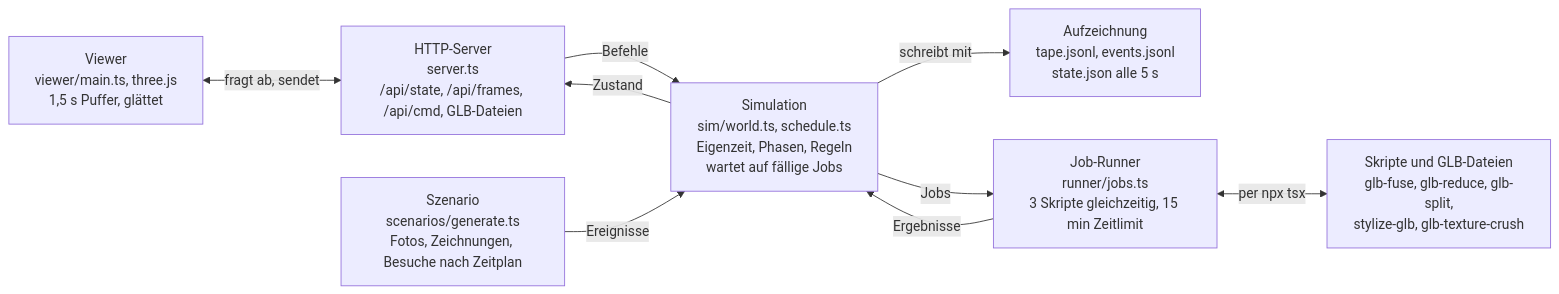
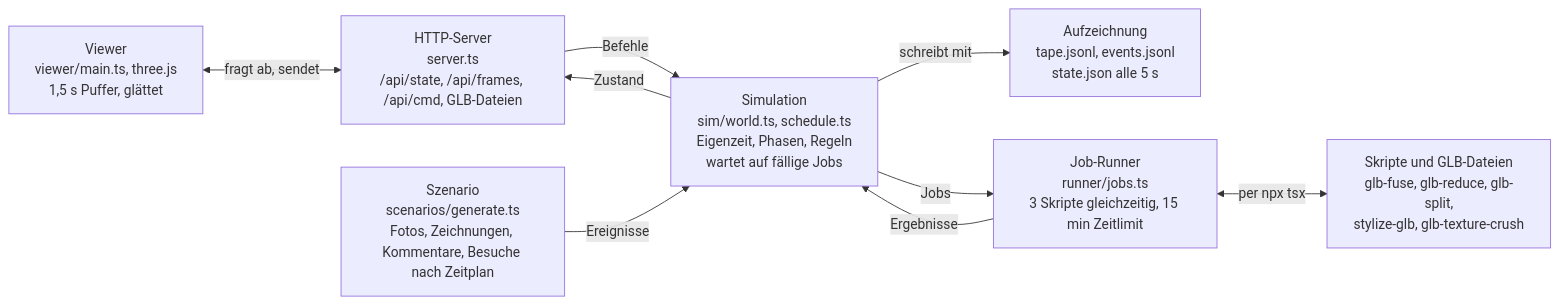
One commit to working-on-democracy/ar-module-template changed the diagram in sandbox/docs/TECHNISCHE-VORAUSSETZUNGEN.md. Above: the diagram before and after it, drawn with Mermaid. The commit also changed other lines of this file and 17 other files, not shown here.

````diff
--- a/sandbox/docs/TECHNISCHE-VORAUSSETZUNGEN.md
+++ b/sandbox/docs/TECHNISCHE-VORAUSSETZUNGEN.md
@@ -51,18 +51,18 @@
 ```mermaid
 flowchart LR
   Viewer["Viewer<br/>viewer/main.ts, three.js<br/>1,5 s Puffer, glättet"]
   HTTP["HTTP-Server<br/>server.ts<br/>/api/state, /api/frames, /api/cmd, GLB-Dateien"]
-  Szenario["Szenario<br/>scenarios/generate.ts<br/>Fotos, Zeichnungen, Besuche nach Zeitplan"]
+  Szenario["Szenario<br/>scenarios/generate.ts<br/>Fotos, Zeichnungen, Kommentare, Besuche nach Zeitplan"]
   Sim["Simulation<br/>sim/world.ts, schedule.ts<br/>Eigenzeit, Phasen, Regeln<br/>wartet auf fällige Jobs"]
   Tape["Aufzeichnung<br/>tape.jsonl, events.jsonl<br/>state.json alle 5 s"]
   Runner["Job-Runner<br/>runner/jobs.ts<br/>3 Skripte gleichzeitig, 15 min Zeitlimit"]
   Skripte["Skripte und GLB-Dateien<br/>glb-fuse, glb-reduce, glb-split,<br/>stylize-glb, glb-texture-crush"]
   Viewer <-- "fragt ab, sendet" --> HTTP
   Sim -- Zustand --> HTTP
   HTTP -- Befehle --> Sim
   Szenario -- Ereignisse --> Sim
   Sim -- schreibt mit --> Tape
   Sim -- Jobs --> Runner
   Runner -- Ergebnisse --> Sim
   Runner <-- "per npx tsx" --> Skripte
 ```
````
